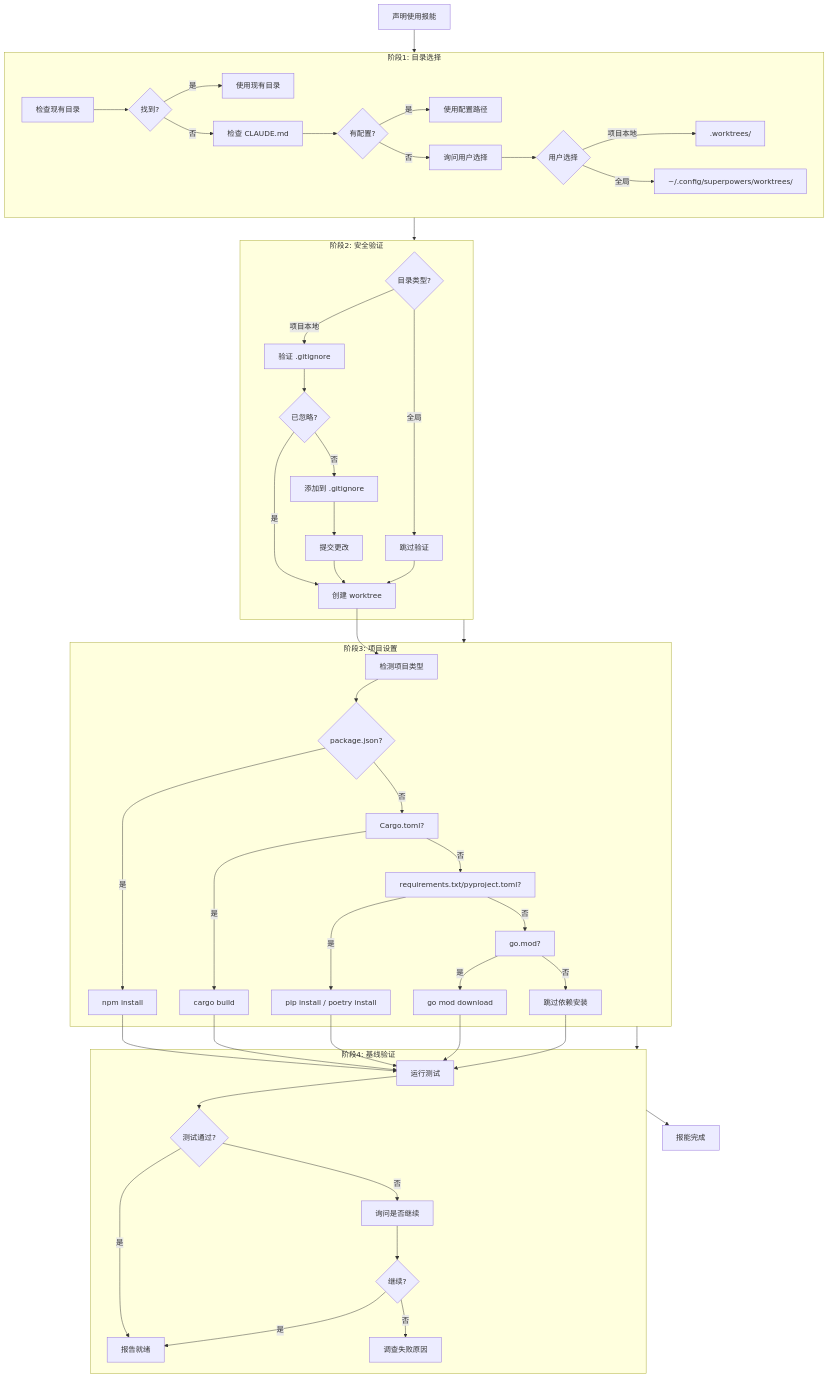
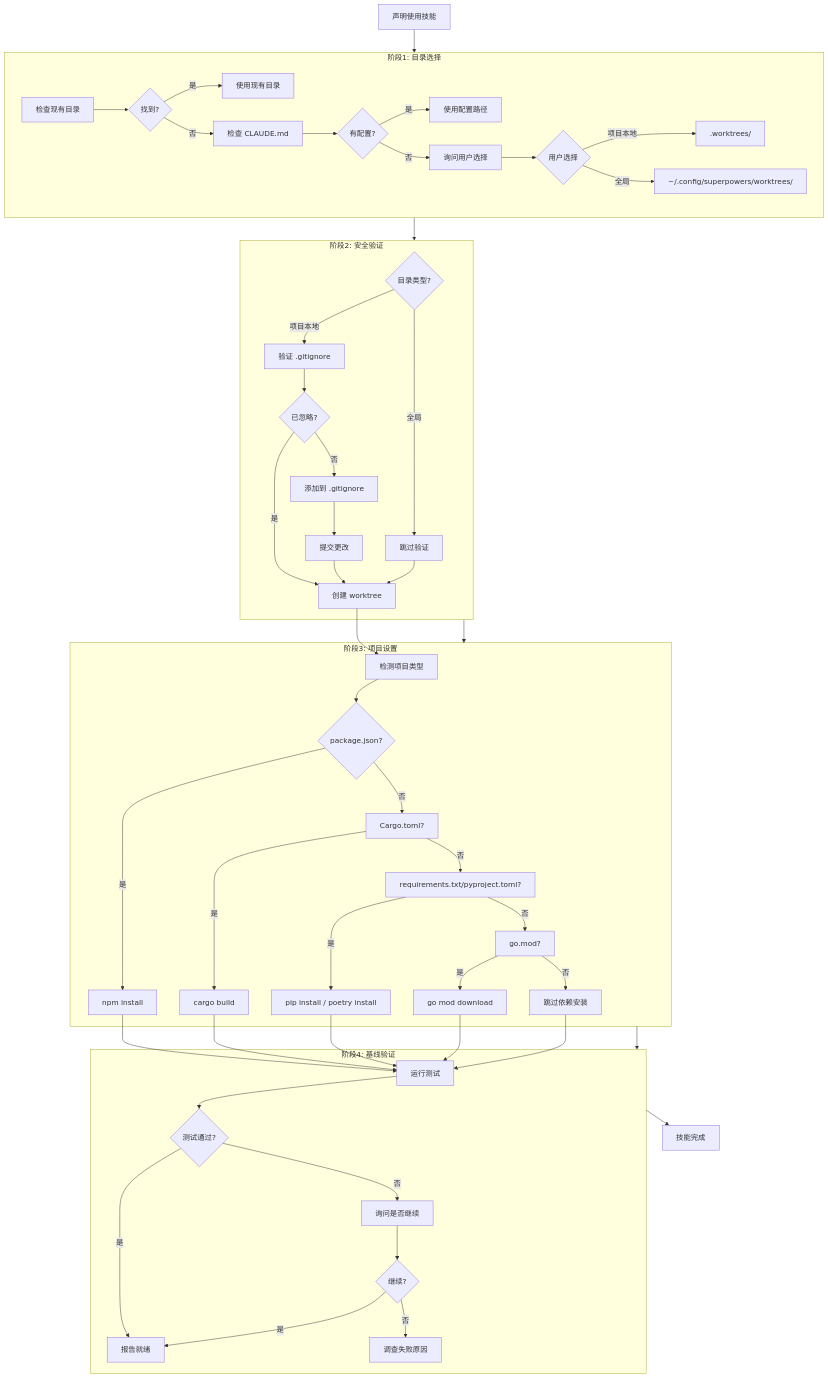
Before and after one commit to Jiraiya8/superpowers: the third of 9 diagrams in docs/git-worktrees-guide.md, drawn with Mermaid. The commit also changed other lines of this file and 1 other file, not shown here.

````diff
--- a/docs/git-worktrees-guide.md
+++ b/docs/git-worktrees-guide.md
@@ -234,71 +234,71 @@
 ```mermaid
 graph TB
-    Announce["声明使用报能"] --> Phase1["阶段1: 目录选择"]
+    Announce["声明使用技能"] --> Phase1["阶段1: 目录选择"]
     
     subgraph Phase1["阶段1: 目录选择"]
         CheckExisting["检查现有目录"] --> Found{"找到?"}
         Found -->|"是"| UseExisting["使用现有目录"]
         Found -->|"否"| CheckConfig["检查 CLAUDE.md"]
         CheckConfig --> HasConfig{"有配置?"}
         HasConfig -->|"是"| UseConfig["使用配置路径"]
         HasConfig -->|"否"| AskUser["询问用户选择"]
         
         AskUser --> UserChoice{"用户选择"}
         UserChoice -->|"项目本地"| UseLocal[".worktrees/"]
         UserChoice -->|"全局"| UseGlobal["~/.config/superpowers/worktrees/"]
     end
     
     Phase1 --> Phase2["阶段2: 安全验证"]
     
     subgraph Phase2["阶段2: 安全验证"]
         LocationType{"目录类型?"}
         LocationType -->|"项目本地"| VerifyIgnore["验证 .gitignore"]
         LocationType -->|"全局"| SkipVerify["跳过验证"]
         
         VerifyIgnore --> IsIgnored{"已忽略?"}
         IsIgnored -->|"否"| AddIgnore["添加到 .gitignore"]
         IsIgnored -->|"是"| CreateWT["创建 worktree"]
         AddIgnore --> CommitIgnore["提交更改"]
         CommitIgnore --> CreateWT
         SkipVerify --> CreateWT
     end
     
     Phase2 --> Phase3["阶段3: 项目设置"]
     
     subgraph Phase3["阶段3: 项目设置"]
         CreateWT --> DetectProject["检测项目类型"]
         
         DetectProject --> NodeJS{"package.json?"}
         NodeJS -->|"是"| NpmInstall["npm install"]
         NodeJS -->|"否"| Rust
         
         Rust["Cargo.toml?"] -->|"是"| CargoBuild["cargo build"]
         Rust -->|"否"| Python
         
         Python["requirements.txt/pyproject.toml?"] -->|"是"| PipInstall["pip install / poetry install"]
         Python -->|"否"| Go
         
         Go["go.mod?"] -->|"是"| GoMod["go mod download"]
         Go -->|"否"| SkipSetup["跳过依赖安装"]
     end
     
     Phase3 --> Phase4["阶段4: 基线验证"]
     
     subgraph Phase4["阶段4: 基线验证"]
         NpmInstall --> RunTests["运行测试"]
         CargoBuild --> RunTests
         PipInstall --> RunTests
         GoMod --> RunTests
         SkipSetup --> RunTests
         
         RunTests --> TestsPass{"测试通过?"}
         TestsPass -->|"是"| ReportReady["报告就绪"]
         TestsPass -->|"否"| AskProceed["询问是否继续"]
         
         AskProceed --> Proceed{"继续?"}
         Proceed -->|"是"| ReportReady
         Proceed -->|"否"| Investigate["调查失败原因"]
     end
     
-    Phase4 --> Complete["报能完成"]
+    Phase4 --> Complete["技能完成"]
 ```
````
